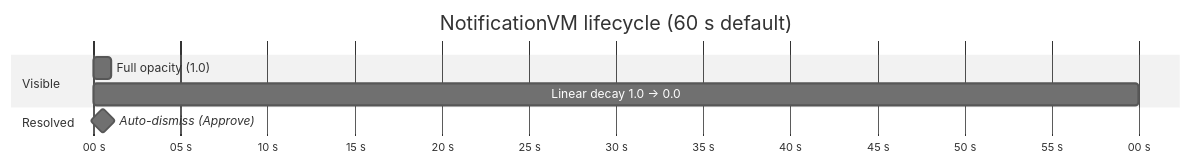
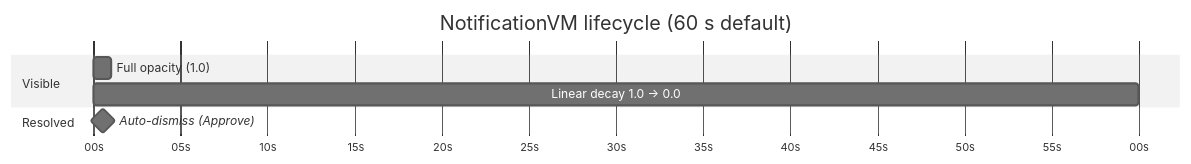
The first of 2 diagrams in spec/16-notifications.md (thekaveh/VMx), drawn with Mermaid (neutral theme) before and after one commit. The commit also changed other lines of this file, not shown here.

First line of the commit message:
docs(spec,diag): fix gantt axisFormat overflow and add ConfirmationVM lifespan (DA-003, DA-004)

````diff
--- a/spec/16-notifications.md
+++ b/spec/16-notifications.md
@@ -155,11 +155,11 @@
 ```mermaid
 gantt
     title NotificationVM lifecycle (60 s default)
     dateFormat X
-    axisFormat %S s
+    axisFormat %Ss
     section Visible
     Full opacity (1.0)       :a1, 0, 1
     Linear decay 1.0 → 0.0  :a2, 1, 60
     section Resolved
     Auto-dismiss (Approve)   :milestone, 60, 1
 ```
````
